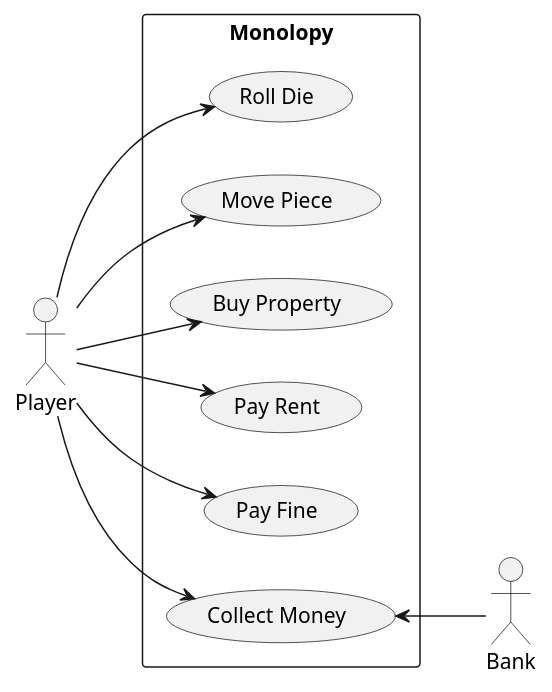
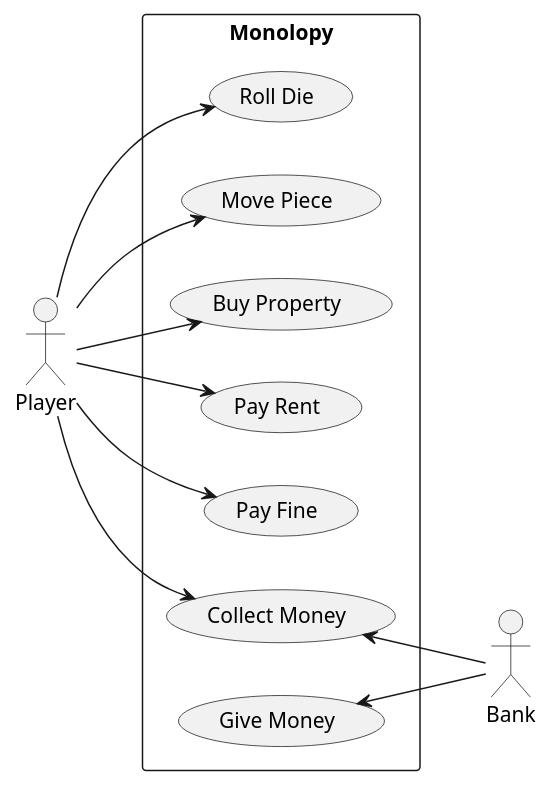
The diagram in diagrams/use_case_diagram.wsd (CDIO-gruppe-13/CDIO-del.-3), drawn with PlantUML before and after one commit.

Commit message:
Finished use_case_diagram

```diff
--- a/diagrams/use_case_diagram.wsd
+++ b/diagrams/use_case_diagram.wsd
@@ -1,21 +1,23 @@
 @startuml use_case_diagram
 left to right direction
 actor "Player" as P
 actor "Bank" as B
 
 rectangle Monolopy {
     usecase "Roll Die" as rd
     usecase "Move Piece" as mp
     usecase "Buy Property" as bp
     usecase "Pay Rent" as pr
     usecase "Pay Fine" as pf
     usecase "Collect Money" as cm
+    usecase "Give Money" as gm
 }
 P --> rd
 P --> mp
 P --> bp
 P --> pr
 P --> pf
 P --> cm
 cm <-- B
+gm <-- B
 @enduml
```
